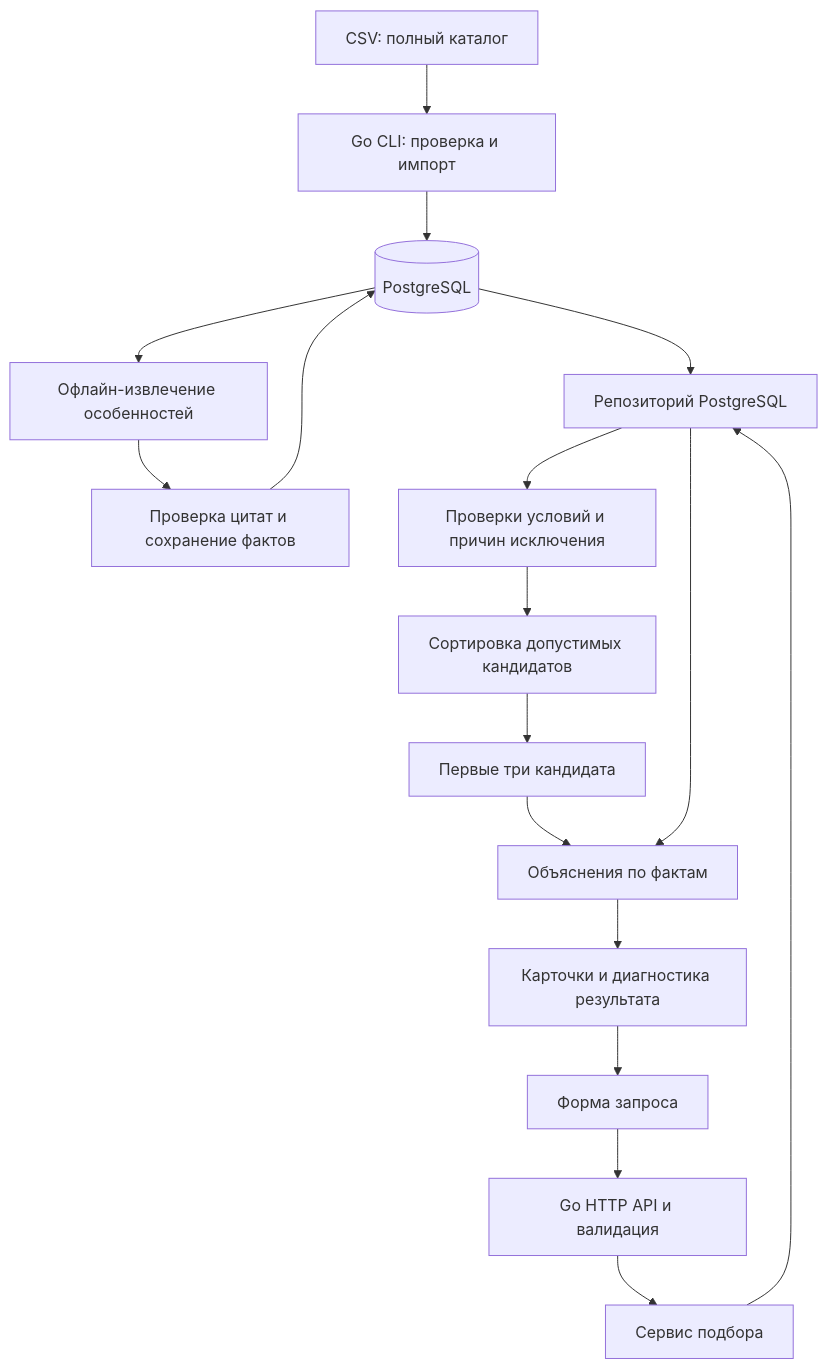
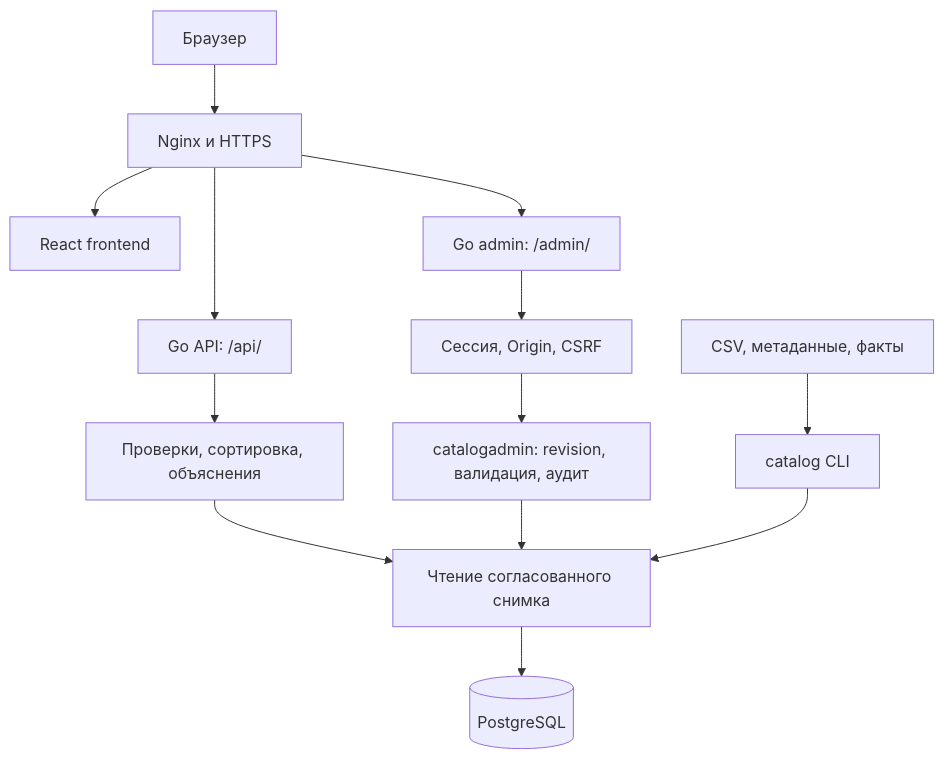
One commit to BAITC-Hacks/hack-1ad72463-apex-ai changed the diagram in ARCHITECTURE.md. Above: the diagram before and after it, drawn with Mermaid. The commit also changed other lines of this file and 11 other files, not shown here.

Commit message:
docs: document admin workflows, API, architecture, testing and deployment

````diff
--- a/ARCHITECTURE.md
+++ b/ARCHITECTURE.md
@@ -17,19 +9,15 @@
 ```mermaid
 flowchart TD
-    CSV[CSV: полный каталог] --> Loader[Go CLI: проверка и импорт]
-    Loader --> DB[(PostgreSQL)]
-    DB --> Facts[Офлайн-извлечение особенностей]
-    Facts --> Review[Проверка цитат и сохранение фактов]
-    Review --> DB
-    UI[Форма запроса] --> API[Go HTTP API и валидация]
-    API --> Service[Сервис подбора]
-    Service --> Repo[Репозиторий PostgreSQL]
-    DB --> Repo
-    Repo --> Filter[Проверки условий и причин исключения]
-    Filter --> Rank[Сортировка допустимых кандидатов]
-    Rank --> Top[Первые три кандидата]
-    Top --> Explain[Объяснения по фактам]
-    Repo --> Explain
-    Explain --> Response[Карточки и диагностика результата]
-    Response --> UI
+    Browser[Браузер] --> Nginx[Nginx и HTTPS]
+    Nginx --> Frontend[React frontend]
+    Nginx --> Public[Go API: /api/]
+    Nginx --> Admin[Go admin: /admin/]
+    Public --> Matching[Проверки, сортировка, объяснения]
+    Matching --> Store[Чтение согласованного снимка]
+    Admin --> Auth[Сессия, Origin, CSRF]
+    Auth --> CatalogAdmin[catalogadmin: revision, валидация, аудит]
+    CatalogAdmin --> Store
+    Files[CSV, метаданные, факты] --> CLI[catalog CLI]
+    CLI --> Store
+    Store --> DB[(PostgreSQL)]
 ```
````
